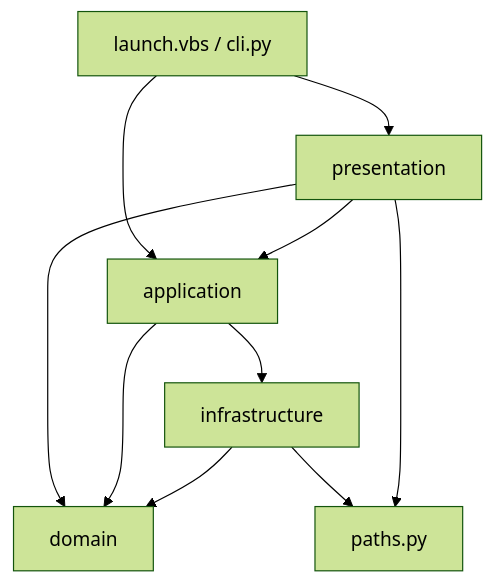
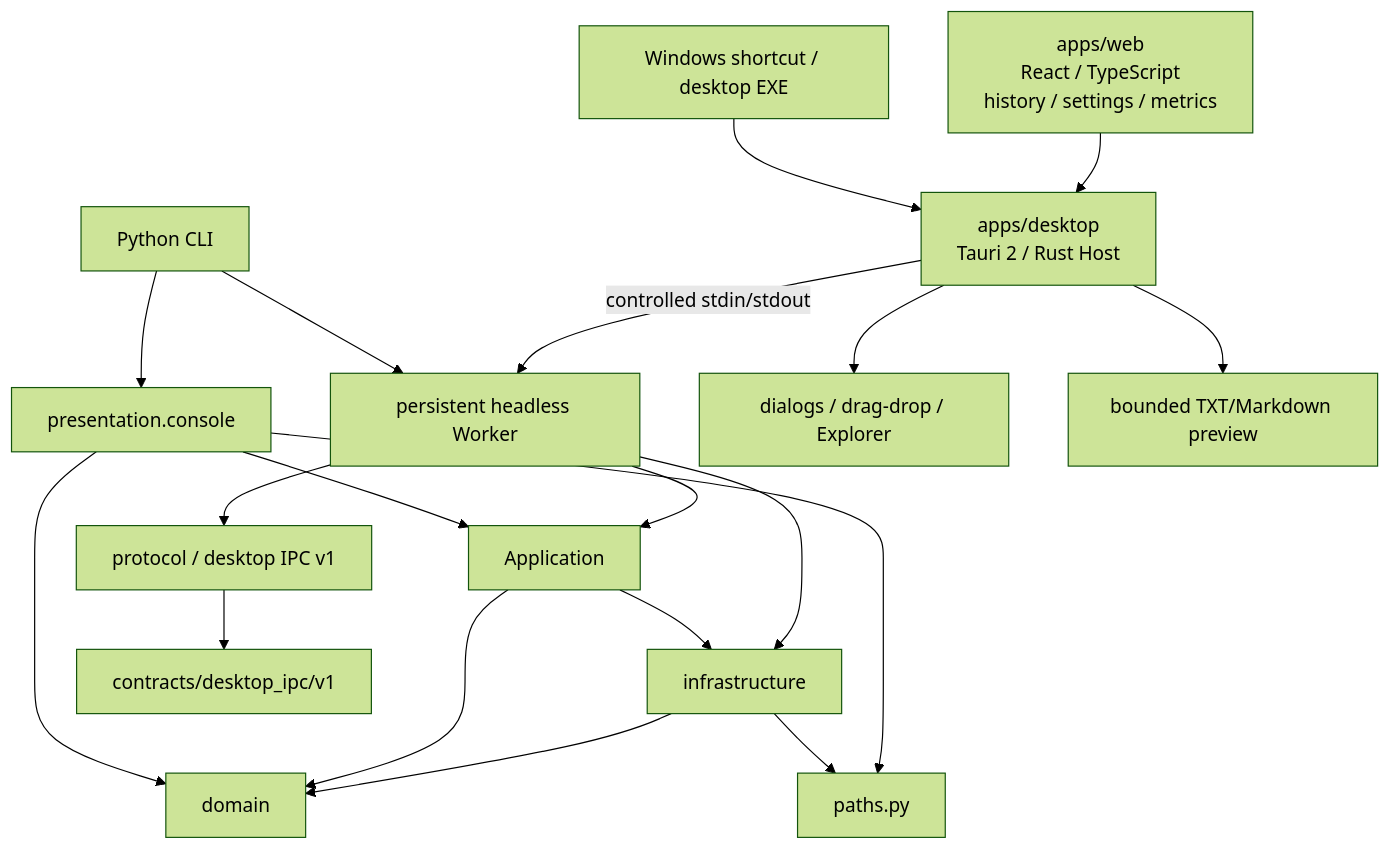
The diagram in docs/architecture/current_architecture.md (DewMysimple/Whisper), drawn with Mermaid (forest theme) before and after one commit. The commit also changed other lines of this file and 231 other files, not shown here.

Commit message:
feat: complete Tauri desktop architecture migration

````diff
--- a/docs/architecture/current_architecture.md
+++ b/docs/architecture/current_architecture.md
@@ -7,12 +9,21 @@
 ```mermaid
 flowchart TD
-    Entry["launch.vbs / cli.py"] --> Presentation["presentation"]
-    Entry --> Application["application"]
+    Entry["Windows shortcut / desktop EXE"] --> Tauri["apps/desktop\nTauri 2 / Rust Host"]
+    CLI["Python CLI"] --> Presentation["presentation.console"]
     Presentation --> Application
     Presentation --> Domain["domain"]
     Application --> Domain
     Application --> Infrastructure["infrastructure"]
     Infrastructure --> Domain
     Infrastructure --> Paths["paths.py"]
     Presentation --> Paths
+    CLI --> Worker["persistent headless Worker"]
+    Worker --> Protocol["protocol / desktop IPC v1"]
+    Worker --> Application
+    Worker --> Infrastructure
+    Protocol --> Contracts["contracts/desktop_ipc/v1"]
+    Web["apps/web\nReact / TypeScript\nhistory / settings / metrics"] --> Tauri
+    Tauri -->|"controlled stdin/stdout"| Worker
+    Tauri --> Native["dialogs / drag-drop / Explorer"]
+    Tauri --> Preview["bounded TXT/Markdown preview"]
 ```
````
